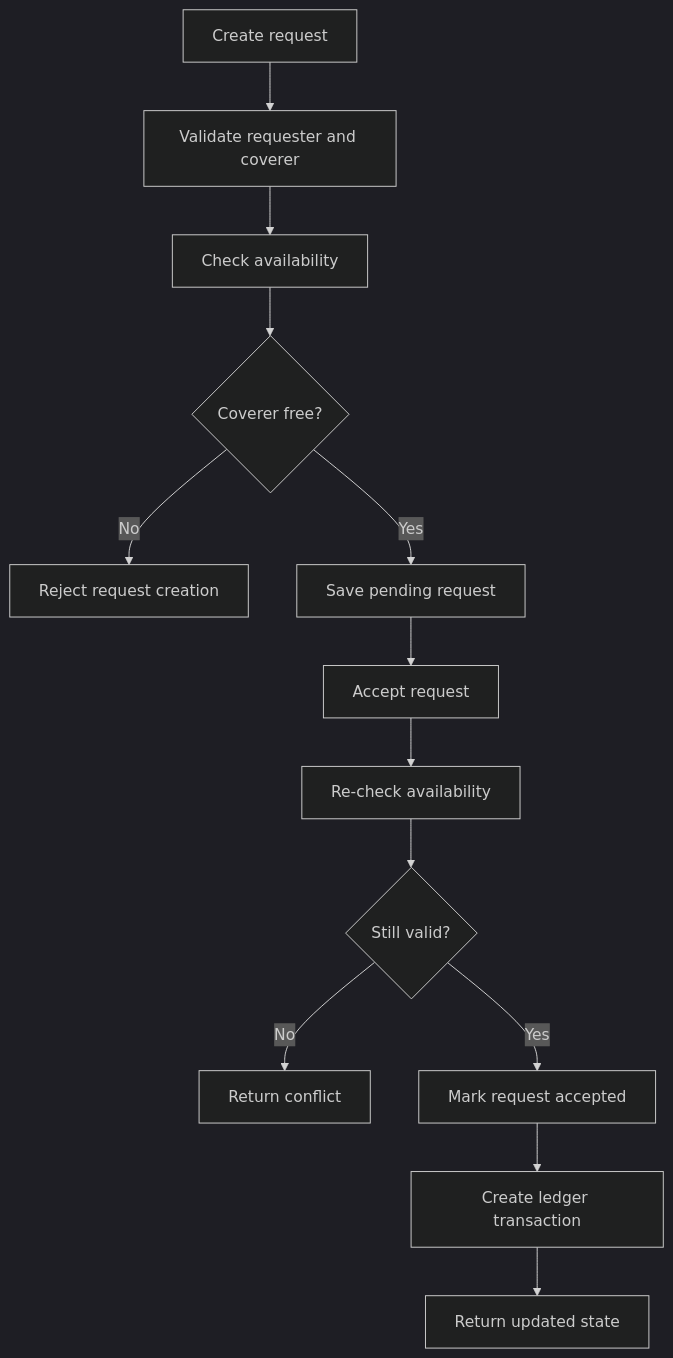
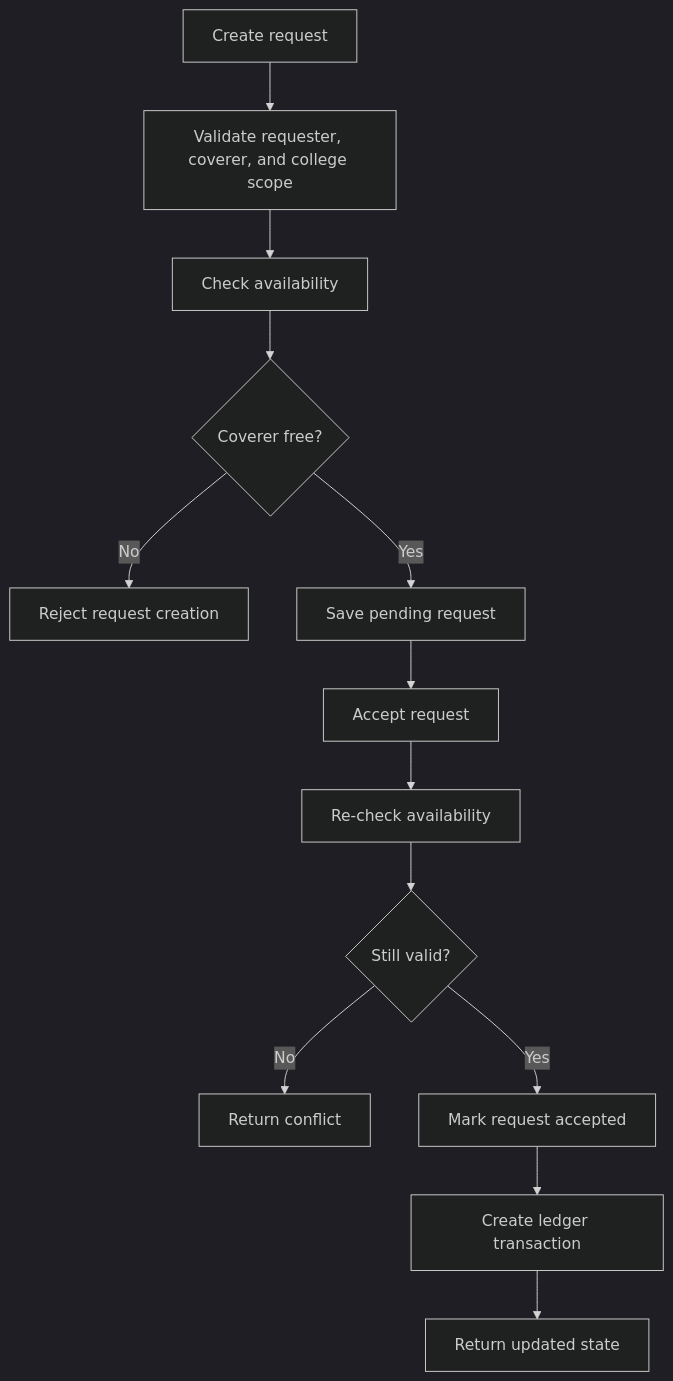
Before and after one commit to 04shubham7/EquiClass: the diagram in server/README.md, drawn with Mermaid (dark theme). The commit also changed other lines of this file and 3 other files, not shown here.

````diff
--- a/server/README.md
+++ b/server/README.md
@@ -16,15 +19,15 @@
 ```mermaid
 flowchart TD
-    A[Create request] --> B[Validate requester and coverer]
+    A[Create request] --> B[Validate requester, coverer, and college scope]
     B --> C[Check availability]
     C --> D{Coverer free?}
     D -- No --> E[Reject request creation]
     D -- Yes --> F[Save pending request]
     F --> G[Accept request]
     G --> H[Re-check availability]
     H --> I{Still valid?}
     I -- No --> J[Return conflict]
     I -- Yes --> K[Mark request accepted]
     K --> L[Create ledger transaction]
     L --> M[Return updated state]
 ```
````
